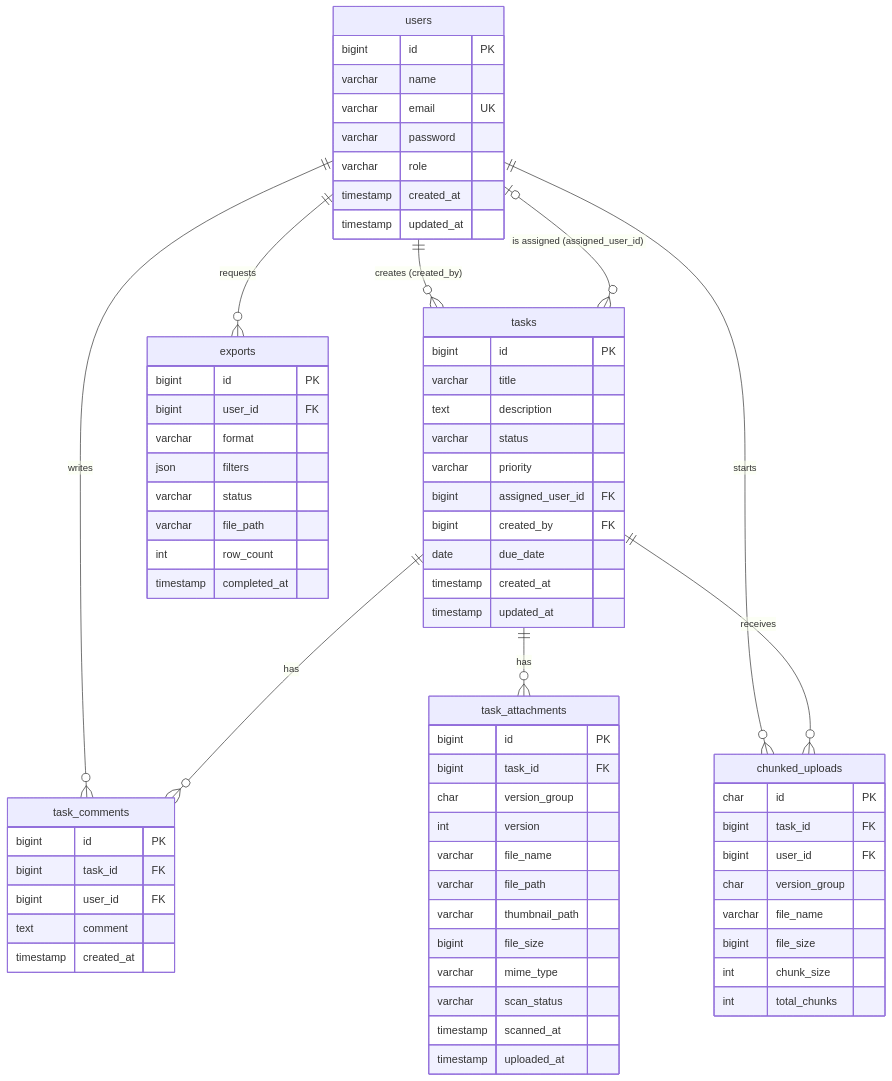
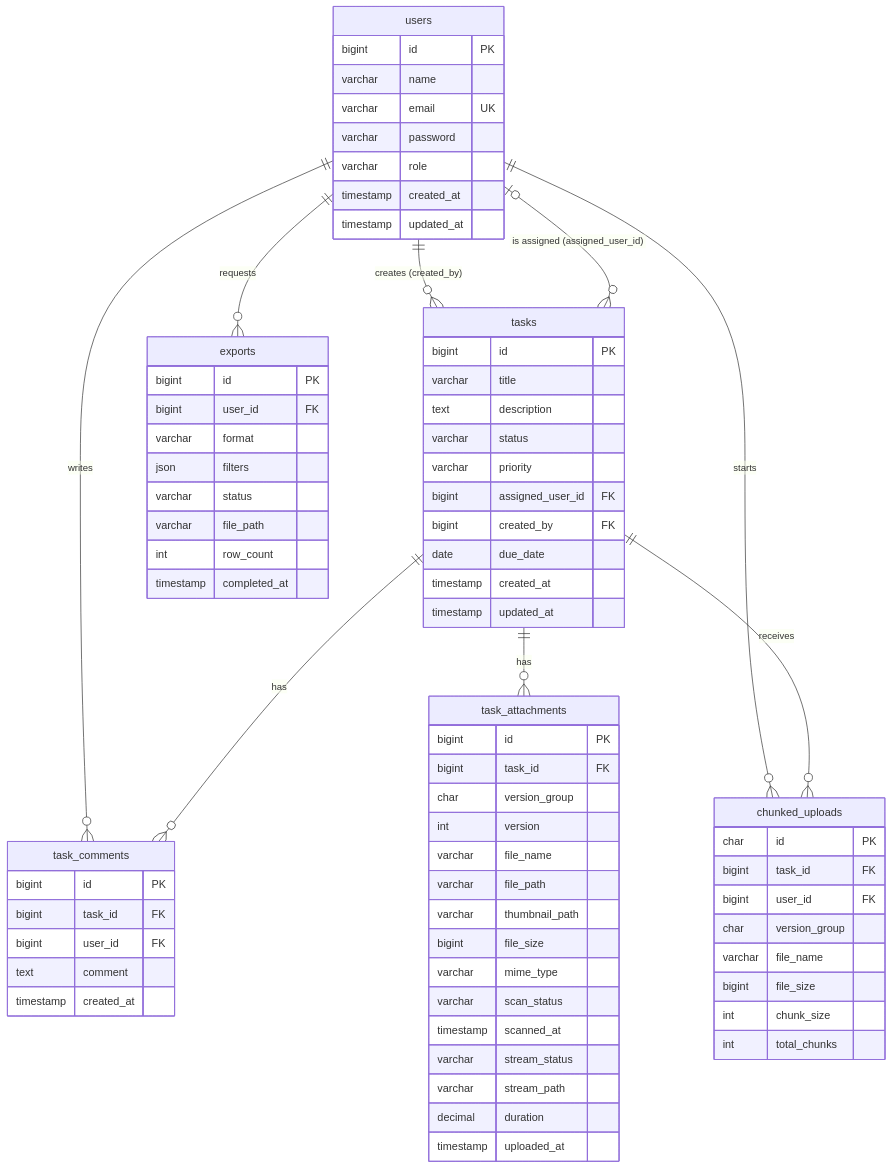
The diagram in documentation/database-schema.md (hrndbrs/task-management), drawn with Mermaid before and after one commit. The commit also changed other lines of this file and 6 other files, not shown here.

````diff
--- a/documentation/database-schema.md
+++ b/documentation/database-schema.md
@@ -21,74 +21,77 @@
 ```mermaid
 erDiagram
     users ||--o{ tasks : "creates (created_by)"
     users |o--o{ tasks : "is assigned (assigned_user_id)"
     users ||--o{ task_comments : writes
     users ||--o{ chunked_uploads : starts
     users ||--o{ exports : requests
     tasks ||--o{ task_comments : has
     tasks ||--o{ task_attachments : has
     tasks ||--o{ chunked_uploads : receives
 
     users {
         bigint id PK
         varchar name
         varchar email UK
         varchar password
         varchar role
         timestamp created_at
         timestamp updated_at
     }
     tasks {
         bigint id PK
         varchar title
         text description
         varchar status
         varchar priority
         bigint assigned_user_id FK
         bigint created_by FK
         date due_date
         timestamp created_at
         timestamp updated_at
     }
     task_attachments {
         bigint id PK
         bigint task_id FK
         char version_group
         int version
         varchar file_name
         varchar file_path
         varchar thumbnail_path
         bigint file_size
         varchar mime_type
         varchar scan_status
         timestamp scanned_at
+        varchar stream_status
+        varchar stream_path
+        decimal duration
         timestamp uploaded_at
     }
     task_comments {
         bigint id PK
         bigint task_id FK
         bigint user_id FK
         text comment
         timestamp created_at
     }
     chunked_uploads {
         char id PK
         bigint task_id FK
         bigint user_id FK
         char version_group
         varchar file_name
         bigint file_size
         int chunk_size
         int total_chunks
     }
     exports {
         bigint id PK
         bigint user_id FK
         varchar format
         json filters
         varchar status
         varchar file_path
         int row_count
         timestamp completed_at
     }
 ```
````
